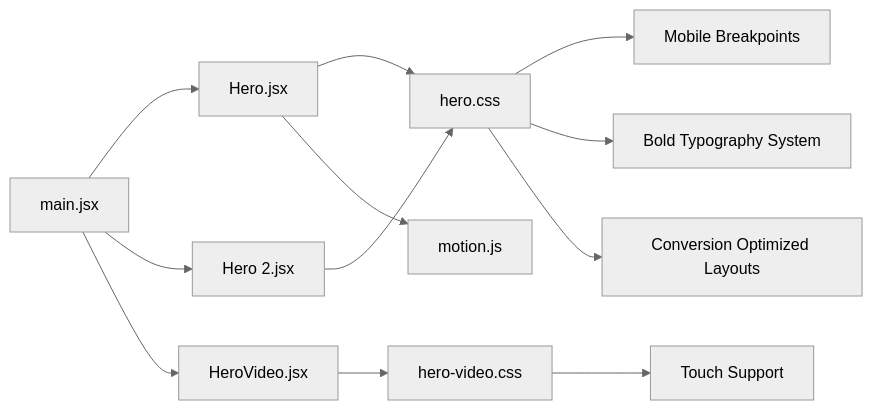
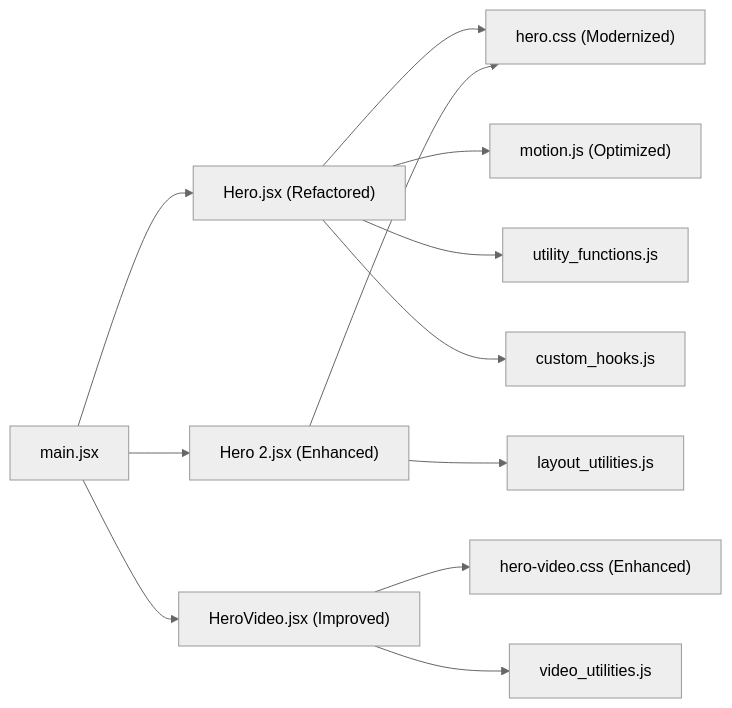
One commit to Theja4/podiummomentum changed the sixth of 6 diagrams in .qoder/repowiki/en/content/Component Architecture/Landing Page Components/Hero Sections.md. Above: the diagram before and after it, drawn with Mermaid (neutral theme). The commit also changed other lines of this file and 24 other files, not shown here.

````diff
--- a/.qoder/repowiki/en/content/Component Architecture/Landing Page Components/Hero Sections.md
+++ b/.qoder/repowiki/en/content/Component Architecture/Landing Page Components/Hero Sections.md
@@ -466,14 +530,14 @@
 ```mermaid
 graph LR
-main_jsx["main.jsx"] --> hero_jsx["Hero.jsx"]
-main_jsx --> hero2_jsx["Hero 2.jsx"]
-main_jsx --> herovideo_jsx["HeroVideo.jsx"]
-hero_jsx --> hero_css["hero.css"]
+main_jsx["main.jsx"] --> hero_jsx["Hero.jsx (Refactored)"]
+main_jsx --> hero2_jsx["Hero 2.jsx (Enhanced)"]
+main_jsx --> herovideo_jsx["HeroVideo.jsx (Improved)"]
+hero_jsx --> hero_css["hero.css (Modernized)"]
 hero2_jsx --> hero_css
-herovideo_jsx --> herovideo_css["hero-video.css"]
-hero_jsx --> motion_js["motion.js"]
-hero_css --> mobile_breakpoints["Mobile Breakpoints"]
-hero_css --> bold_typography_system["Bold Typography System"]
-hero_css --> conversion_optimized_layouts["Conversion Optimized Layouts"]
-herovideo_css --> touch_support["Touch Support"]
+herovideo_jsx --> herovideo_css["hero-video.css (Enhanced)"]
+hero_jsx --> motion_js["motion.js (Optimized)"]
+hero_jsx --> utils_js["utility_functions.js"]
+hero_jsx --> hooks_js["custom_hooks.js"]
+herovideo_jsx --> video_utils_js["video_utilities.js"]
+hero2_jsx --> layout_utils_js["layout_utilities.js"]
 ```
````
